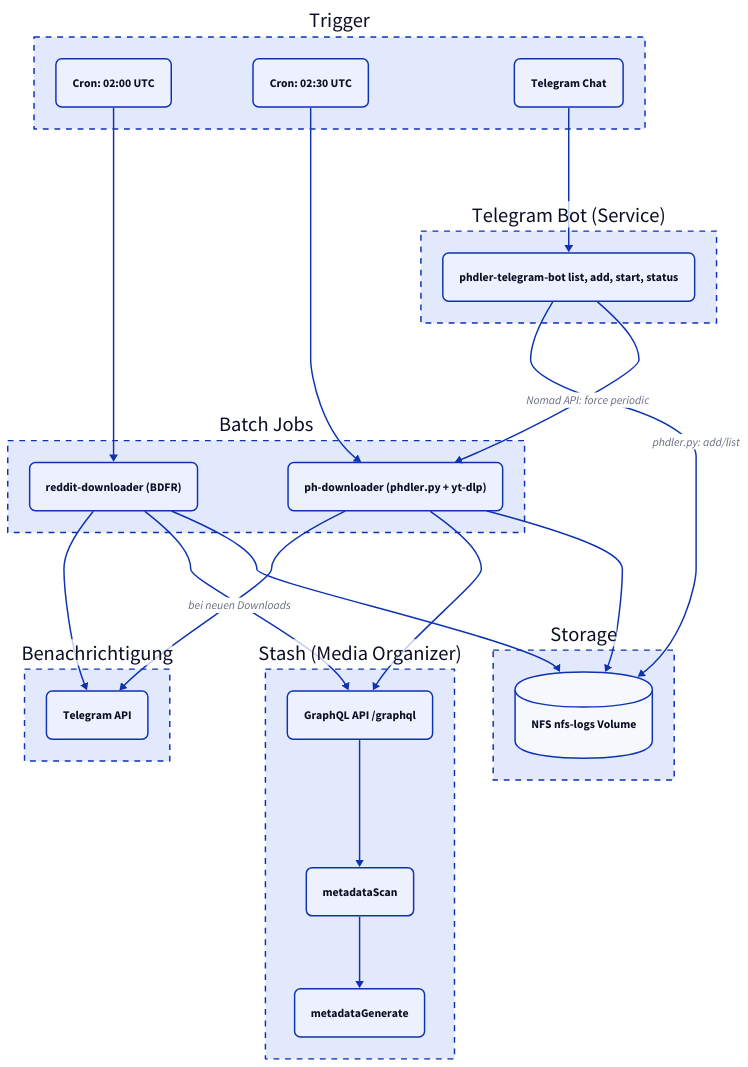
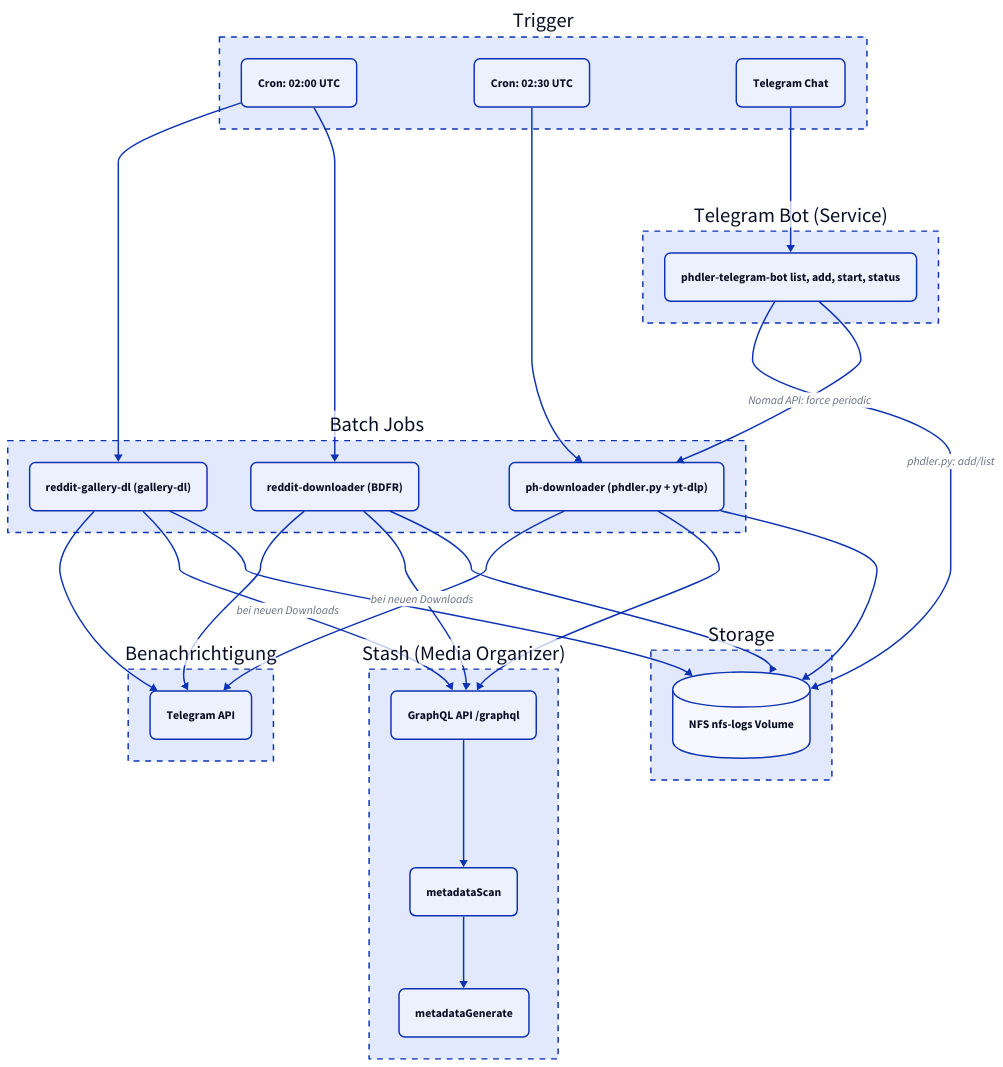
The diagram in docs/content-pipeline/index.md (derever-labs/homelab-wiki), drawn with D2 before and after one commit. The commit also changed other lines of this file and 11 other files, not shown here.

````diff
--- a/docs/content-pipeline/index.md
+++ b/docs/content-pipeline/index.md
@@ -30,52 +29,57 @@
 ```d2
 direction: down
 
 Trigger: Trigger {
   style.stroke-dash: 4
   CRON1: "Cron: 02:00 UTC" { style.border-radius: 8 }
   CRON2: "Cron: 02:30 UTC" { style.border-radius: 8 }
   TG: Telegram Chat { style.border-radius: 8 }
 }
 
 Bot: Telegram Bot (Service) {
   style.stroke-dash: 4
   TGBOT: "phdler-telegram-bot list, add, start, status" { style.border-radius: 8 }
 }
 
 Batch: Batch Jobs {
   style.stroke-dash: 4
   RD: "reddit-downloader (BDFR)" { style.border-radius: 8 }
   PH: "ph-downloader (phdler.py + yt-dlp)" { style.border-radius: 8 }
+  GDL: "reddit-gallery-dl (gallery-dl)" { style.border-radius: 8 }
 }
 
 Stash: Stash (Media Organizer) {
   style.stroke-dash: 4
   API: "GraphQL API /graphql" { style.border-radius: 8 }
   SCAN: metadataScan { style.border-radius: 8 }
   GEN: metadataGenerate { style.border-radius: 8 }
 }
 
 Storage: Storage {
   style.stroke-dash: 4
   NFS: "NFS nfs-logs Volume" { shape: cylinder }
 }
 
 Notify: Benachrichtigung {
   style.stroke-dash: 4
   TGAPI: Telegram API { style.border-radius: 8 }
 }
 
 Trigger.CRON1 -> Batch.RD
+Trigger.CRON1 -> Batch.GDL
 Trigger.CRON2 -> Batch.PH
 Trigger.TG -> Bot.TGBOT
 Bot.TGBOT -> Batch.PH: Nomad API: force periodic
 Bot.TGBOT -> Storage.NFS: phdler.py: add/list
 Batch.RD -> Storage.NFS
 Batch.PH -> Storage.NFS
+Batch.GDL -> Storage.NFS
 Batch.RD -> Stash.API: bei neuen Downloads
 Batch.PH -> Stash.API
+Batch.GDL -> Stash.API: bei neuen Downloads
 Stash.API -> Stash.SCAN
 Stash.SCAN -> Stash.GEN
 Batch.RD -> Notify.TGAPI
 Batch.PH -> Notify.TGAPI
+Batch.GDL -> Notify.TGAPI
 ```
````
